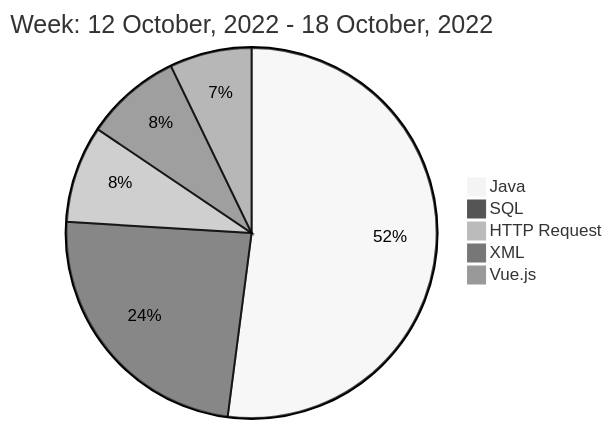
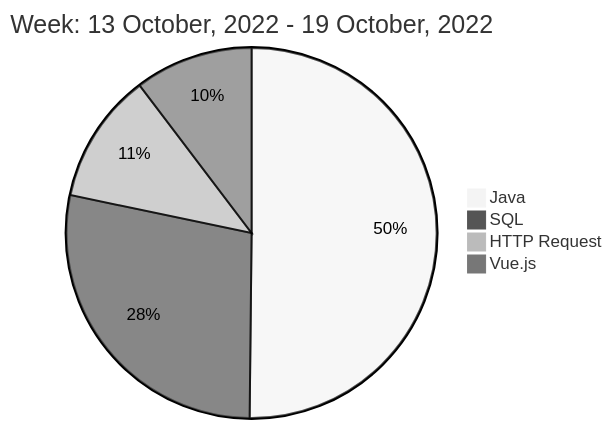
One commit to liubin95/liubin95 changed the diagram in README.md. Above: the diagram before and after it, drawn with Mermaid (neutral theme).

Commit message:
Updated the Graph with new Metrics

````diff
--- a/README.md
+++ b/README.md
@@ -40,9 +40,8 @@
 ```mermaid
  pie
-title Week: 12 October, 2022 - 18 October, 2022
- "Java" : 11.48
- "SQL" : 5.27
- "HTTP Request" : 1.87
- "XML" : 1.85
- "Vue.js" : 1.58
+title Week: 13 October, 2022 - 19 October, 2022
+ "Java" : 10.35
+ "SQL" : 5.8
+ "HTTP Request" : 2.35
+ "Vue.js" : 2.13
 ```
````
